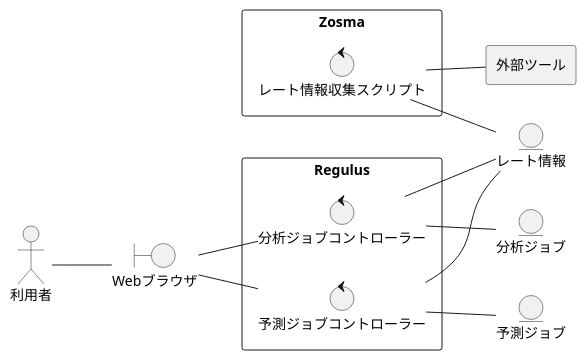
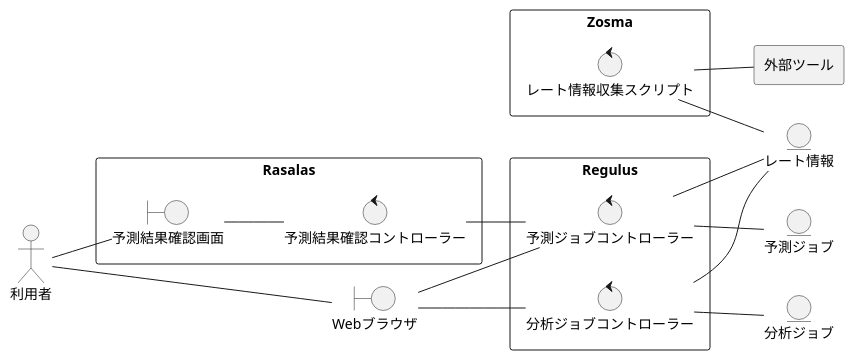
The diagram in fx-rate_estimator/index.rst (Leonis0813/chort), drawn with PlantUML before and after one commit. The commit also changed other lines of this file and 9 other files, not shown here.

```diff
--- a/fx-rate_estimator/index.rst
+++ b/fx-rate_estimator/index.rst
@@ -9,31 +9,39 @@
 .. uml::
 
    left to right direction
    skinparam packageStyle rect
    actor 利用者
    boundary Webブラウザ
    entity レート情報
    entity 分析ジョブ
    entity 予測ジョブ
 
    利用者 -- Webブラウザ
 
    rectangle Regulus {
      control 分析ジョブコントローラー
      control 予測ジョブコントローラー
      Webブラウザ -- 分析ジョブコントローラー
      Webブラウザ -- 予測ジョブコントローラー
      分析ジョブコントローラー -- レート情報
      予測ジョブコントローラー -- レート情報
      分析ジョブコントローラー -- 分析ジョブ
      予測ジョブコントローラー -- 予測ジョブ
    }
 
    rectangle 外部ツール {
    }
 
    rectangle Zosma {
      control レート情報収集スクリプト
      レート情報収集スクリプト -- 外部ツール
      レート情報収集スクリプト -- レート情報
    }
+
+   rectangle Rasalas {
+     boundary 予測結果確認画面
+     control 予測結果確認コントローラー
+     利用者 -- 予測結果確認画面
+     予測結果確認画面 -- 予測結果確認コントローラー
+     予測結果確認コントローラー -- 予測ジョブコントローラー
+   }
```
